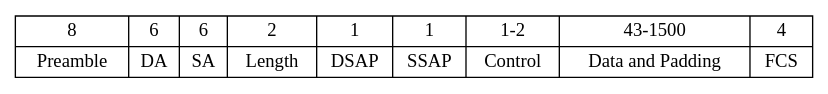
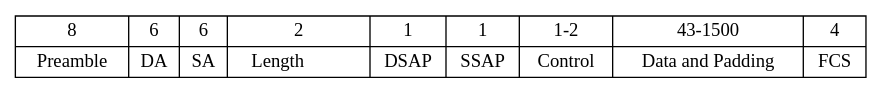
One commit to rhc/study-notes changed the second of 3 diagrams in book/inputs/ethernet.adoc. Above: the diagram before and after it, drawn with Graphviz. The commit also changed other lines of this file and 240 other files, not shown here.

```diff
--- a/book/inputs/ethernet.adoc
+++ b/book/inputs/ethernet.adoc
@@ -20,7 +20,7 @@
 [graphviz, target= 'ethernet-ieee802.3-extended']
 ----
 digraph g {
   node [shape=record,height=.1];
-  node0 [label ="{8|Preamble}|{6|DA}|{6|SA}|{2|Length}|{1|DSAP}|{1|SSAP}|{1-2|Control}|{43\-1500|Data\ and\ Padding}|{4|FCS}"];
+  node0 [label ="{8|Preamble}|{6|DA}|{6|SA}|{2|Length\ \ \ \ \ \ \ \  }|{1|DSAP}|{1|SSAP}|{1-2|Control}|{43\-1500|Data\ and\ Padding}|{4|FCS}"];
 }
 ----
```
